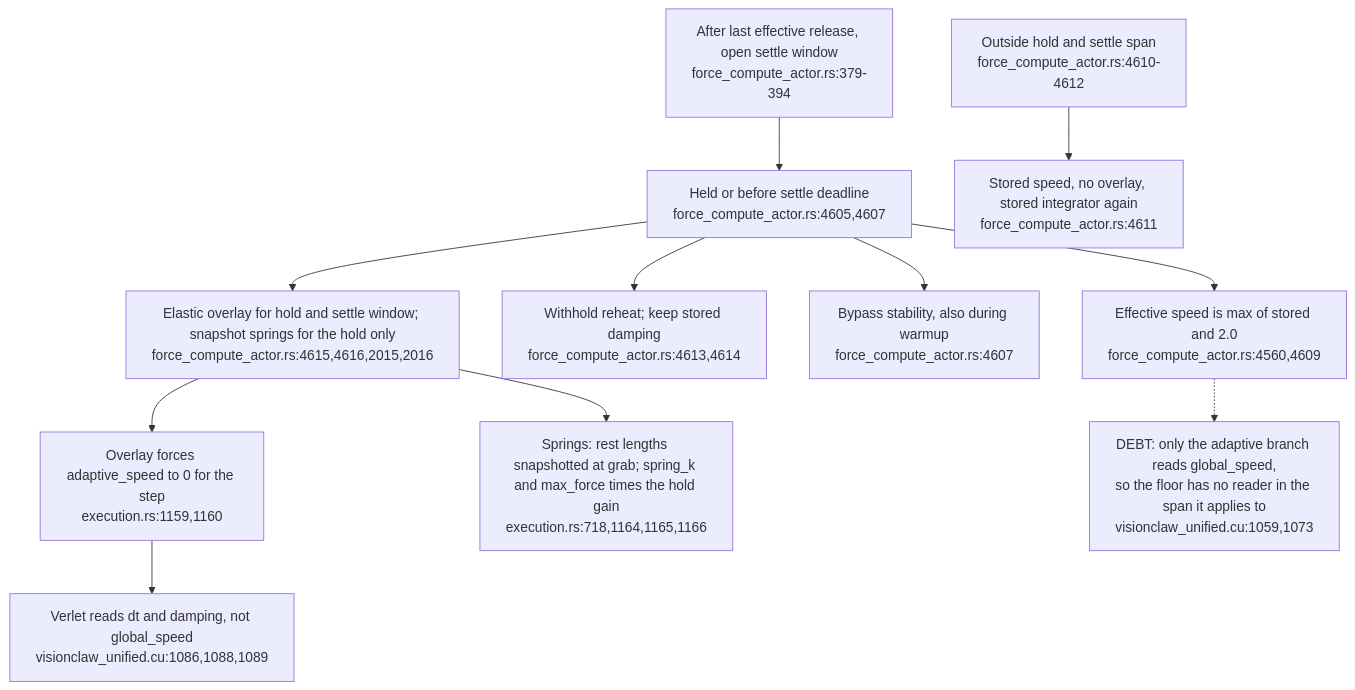
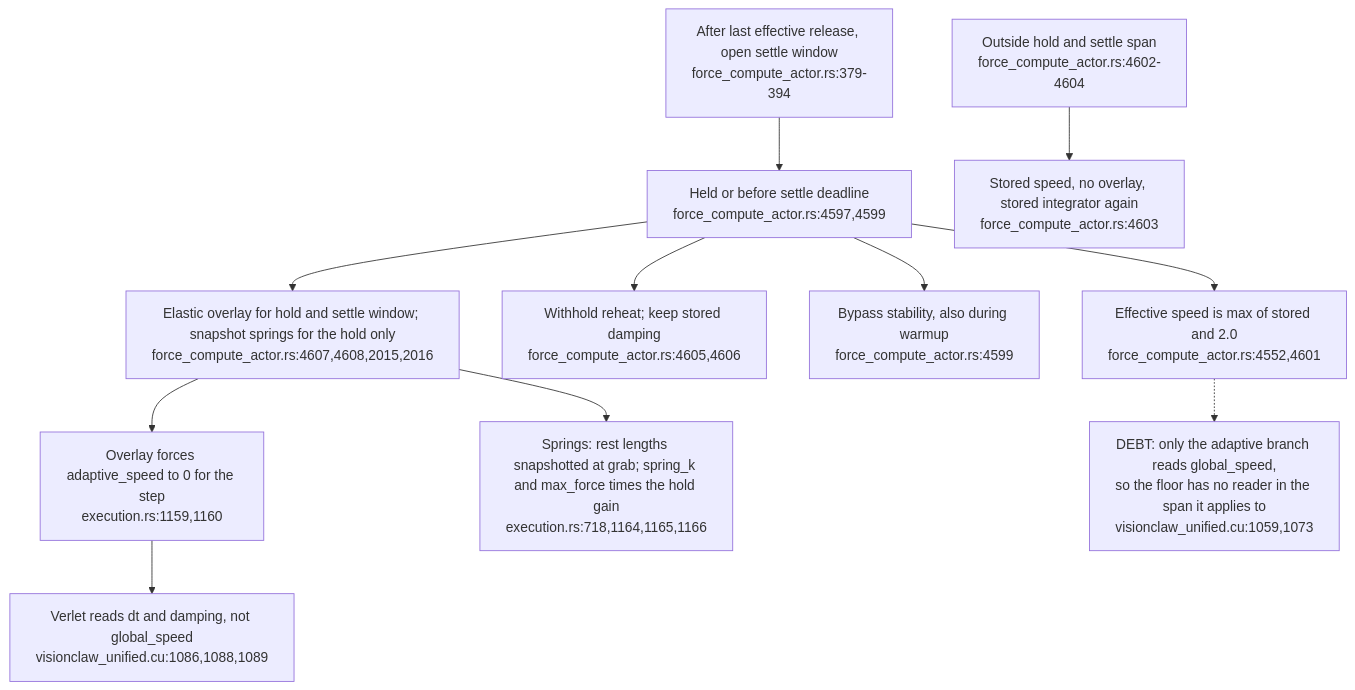
The third of 7 diagrams in docs/diagrams/visionclaw/52-drag-holds-and-observation-gates.md (DreamLab-AI/VisionFlow), drawn with Mermaid before and after one commit. The commit also changed other lines of this file and 46 other files, not shown here.

Commit message:
docs(diagrams): re-verify VisionClaw topics at 809a859aa/a950f4d80 after the consolidation pass

````diff
--- a/docs/diagrams/visionclaw/52-drag-holds-and-observation-gates.md
+++ b/docs/diagrams/visionclaw/52-drag-holds-and-observation-gates.md
@@ -71,13 +71,13 @@
 ```mermaid
 flowchart TD
-    RELEASE["After last effective release, open settle window<br/>force_compute_actor.rs:379-394"] --> SPAN["Held or before settle deadline<br/>force_compute_actor.rs:4605,4607"]
-    SPAN --> SPEED["Effective speed is max of stored and 2.0<br/>force_compute_actor.rs:4560,4609"]
-    SPAN --> HEAT["Withhold reheat; keep stored damping<br/>force_compute_actor.rs:4613,4614"]
-    SPAN --> BYPASS["Bypass stability, also during warmup<br/>force_compute_actor.rs:4607"]
-    SPAN --> OVER["Elastic overlay for hold and settle window; snapshot springs for the hold only<br/>force_compute_actor.rs:4615,4616,2015,2016"]
+    RELEASE["After last effective release, open settle window<br/>force_compute_actor.rs:379-394"] --> SPAN["Held or before settle deadline<br/>force_compute_actor.rs:4597,4599"]
+    SPAN --> SPEED["Effective speed is max of stored and 2.0<br/>force_compute_actor.rs:4552,4601"]
+    SPAN --> HEAT["Withhold reheat; keep stored damping<br/>force_compute_actor.rs:4605,4606"]
+    SPAN --> BYPASS["Bypass stability, also during warmup<br/>force_compute_actor.rs:4599"]
+    SPAN --> OVER["Elastic overlay for hold and settle window; snapshot springs for the hold only<br/>force_compute_actor.rs:4607,4608,2015,2016"]
     OVER --> VERLET["Overlay forces adaptive_speed to 0 for the step<br/>execution.rs:1159,1160"]
     OVER --> GAIN["Springs: rest lengths snapshotted at grab; spring_k and max_force times the hold gain<br/>execution.rs:718,1164,1165,1166"]
     VERLET --> INT["Verlet reads dt and damping, not global_speed<br/>visionclaw_unified.cu:1086,1088,1089"]
     SPEED -.-> DEAD["DEBT: only the adaptive branch reads global_speed,<br/>so the floor has no reader in the span it applies to<br/>visionclaw_unified.cu:1059,1073"]
-    DONE["Outside hold and settle span<br/>force_compute_actor.rs:4610-4612"] --> STORED["Stored speed, no overlay, stored integrator again<br/>force_compute_actor.rs:4611"]
+    DONE["Outside hold and settle span<br/>force_compute_actor.rs:4602-4604"] --> STORED["Stored speed, no overlay, stored integrator again<br/>force_compute_actor.rs:4603"]
 ```
````
